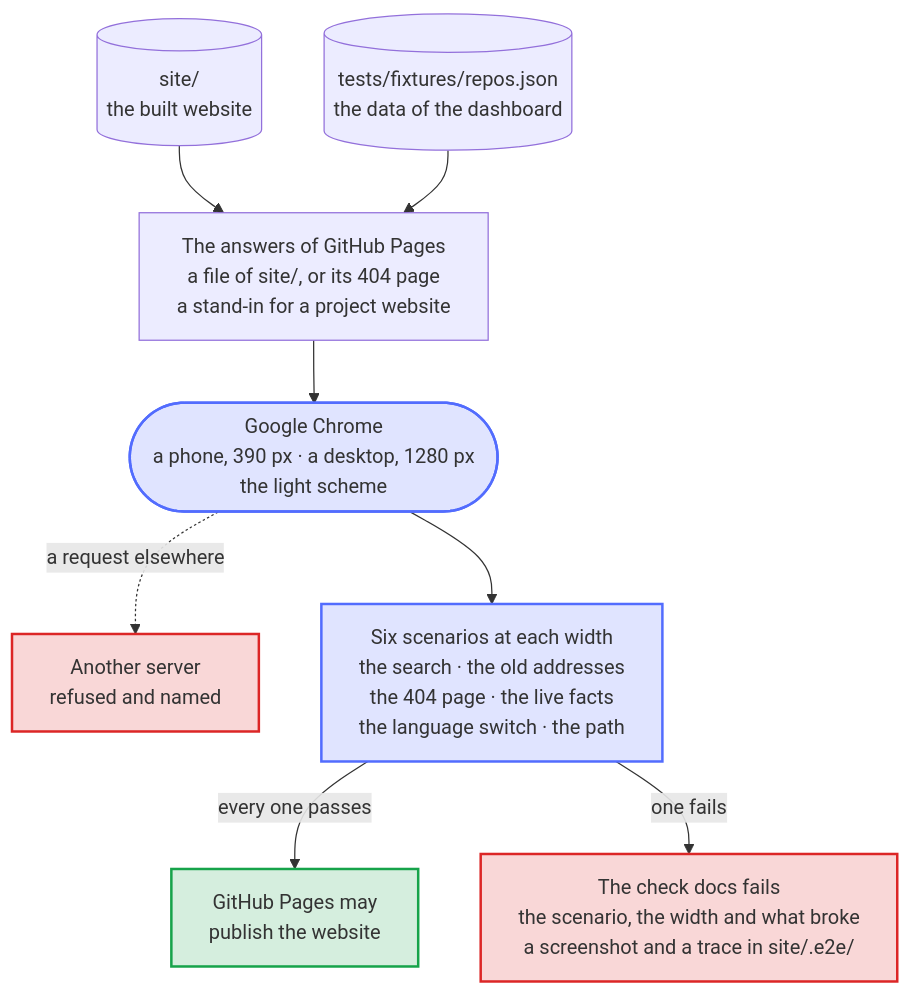
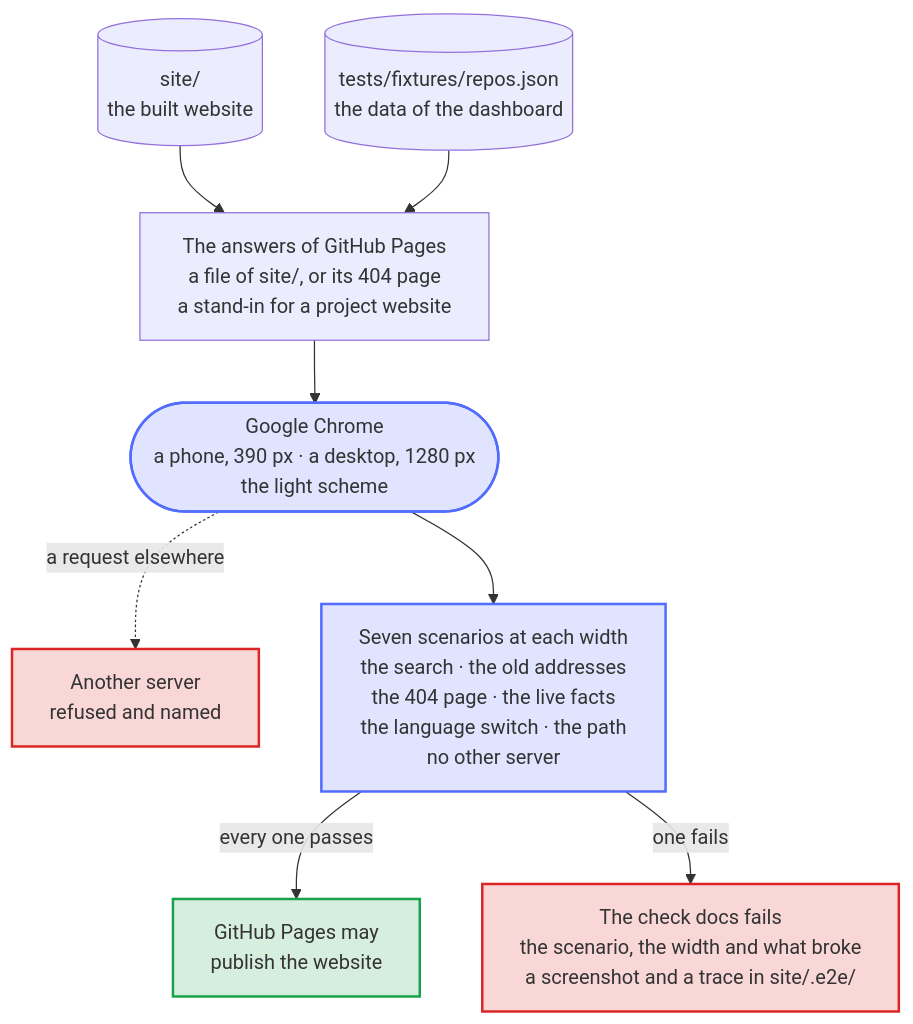
Before and after one commit to Dennis-Otto/dennis-otto.github.io: the diagram in docs/diagrams/the-hub-in-a-browser.mmd, drawn with Mermaid. The commit also changed 23 other files, not shown here.

First line of the commit message:
fix: the security page no longer says that the header asks api.github.com (#238)

```diff
--- a/docs/diagrams/the-hub-in-a-browser.mmd
+++ b/docs/diagrams/the-hub-in-a-browser.mmd
@@ -1,30 +1,30 @@
 ---
 config:
   flowchart:
     wrappingWidth: 400
 ---
 flowchart TB
     accTitle: The hub in a browser
-    accDescr: After its check of the files, scripts/check-site.sh runs tests/e2e/hub.mjs on the built website in the Google Chrome of the runner. Every request to the address is answered as GitHub Pages would answer it, with a file of site or its 404 page, the data of the dashboard comes from tests/fixtures/repos.json, a page of a project website is a stand-in, and a request to another server is refused and named. At the width of a phone and of a desktop, in the light scheme, six scenarios run at the same time, each in a browser of its own: the search finds a project website, the old addresses lead to the new folder, the 404 page suggests a project, the live facts fill the cards and the Trust table, the language switch leads to the German home page, and the path names the website first and no page twice. When every one passes, GitHub Pages may publish the website. A scenario that fails names itself, the width and what broke, as an annotation and in the summary of the check docs, and keeps a screenshot and a trace in site/.e2e/, which the artifact website of the pull request holds.
+    accDescr: After its check of the files, scripts/check-site.sh runs tests/e2e/hub.mjs on the built website in the Google Chrome of the runner. Every request to the address is answered as GitHub Pages would answer it, with a file of site or its 404 page, the data of the dashboard comes from tests/fixtures/repos.json, a page of a project website is a stand-in, and a request to another server is refused and named. At the width of a phone and of a desktop, in the light scheme, seven scenarios run at the same time, each in a browser of its own: the search finds a project website, the old addresses lead to the new folder, the 404 page suggests a project, the live facts fill the cards and the Trust table, the language switch leads to the German home page, the path names the website first and no page twice, and reading a page asks no other server. When every one passes, GitHub Pages may publish the website. A scenario that fails names itself, the width and what broke, as an annotation and in the summary of the check docs, and keeps a screenshot and a trace in site/.e2e/, which the artifact website of the pull request holds.
 
     site[("site/<br>the built website")]
     fixture[("tests/fixtures/repos.json<br>the data of the dashboard")]
     answers["The answers of GitHub Pages<br>a file of site/, or its 404 page<br>a stand-in for a project website"]
     refused["Another server<br>refused and named"]
     chrome(["Google Chrome<br>a phone, 390 px · a desktop, 1280 px<br>the light scheme"])
-    scenarios["Six scenarios at each width<br>the search · the old addresses<br>the 404 page · the live facts<br>the language switch · the path"]
+    scenarios["Seven scenarios at each width<br>the search · the old addresses<br>the 404 page · the live facts<br>the language switch · the path<br>no other server"]
     pages["GitHub Pages may<br>publish the website"]
     fails["The check docs fails<br>the scenario, the width and what broke<br>a screenshot and a trace in site/.e2e/"]
 
     site & fixture --> answers --> chrome
     chrome -. "a request elsewhere" .-> refused
     chrome --> scenarios
     scenarios -- "every one passes" --> pages
     scenarios -- "one fails" --> fails
 
     classDef bot fill:#526cfe2e,stroke:#526cfe,stroke-width:2px
     classDef warn fill:#dc26262e,stroke:#dc2626,stroke-width:2px
     classDef done fill:#16a34a2e,stroke:#16a34a,stroke-width:2px
     class chrome,scenarios bot
     class fails,refused warn
     class pages done
```
